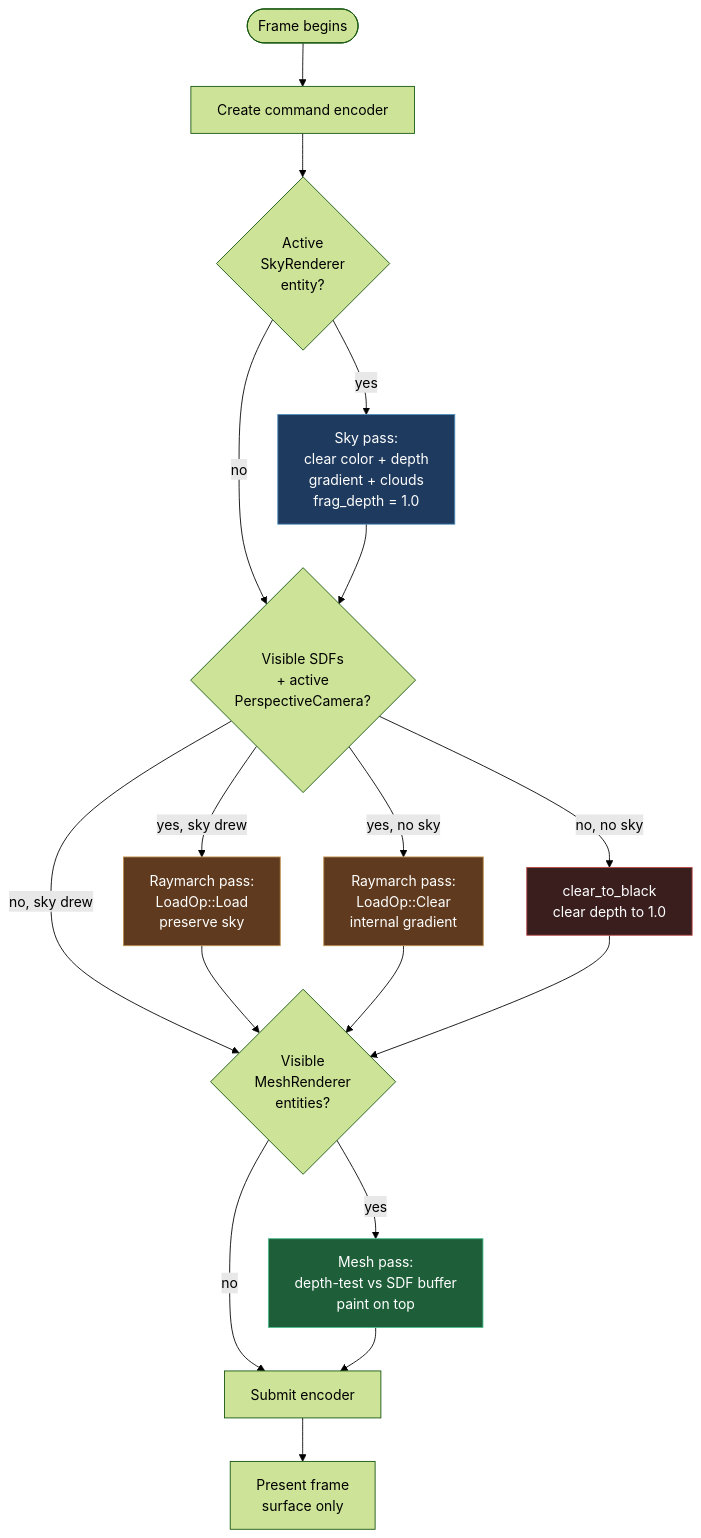
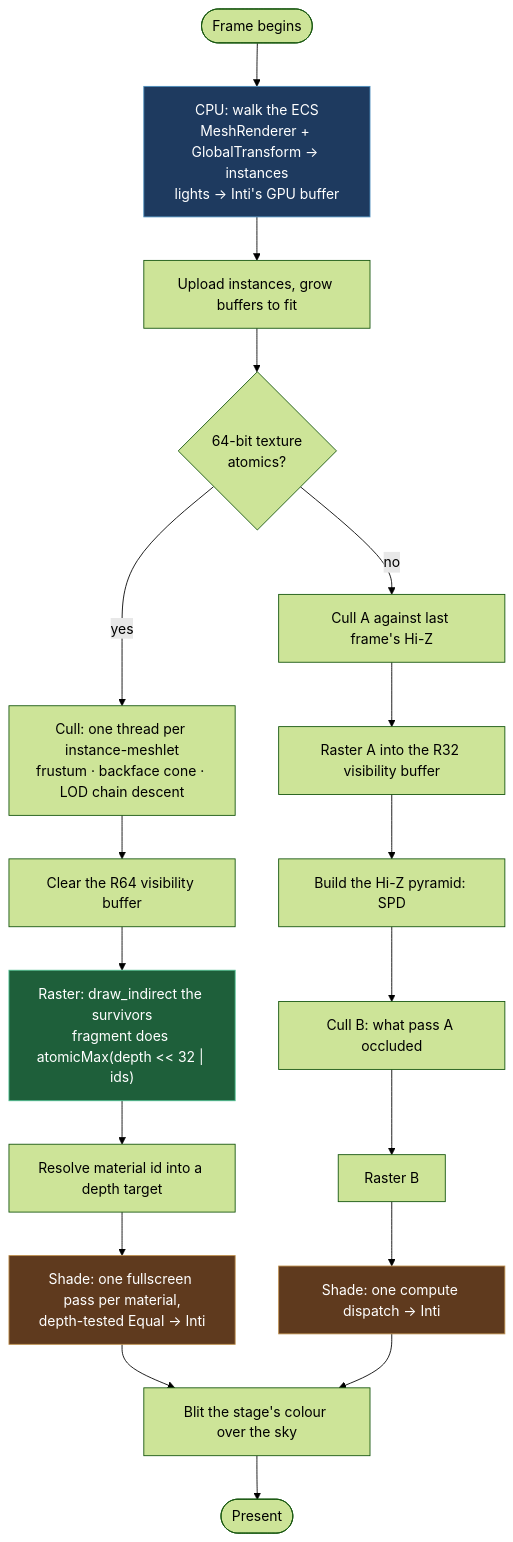
The diagram in docs/book/src/architecture/render-pipeline.md (lobinuxsoft/kooch), drawn with Mermaid (forest theme) before and after one commit. The commit also changed other lines of this file and 7 other files, not shown here.

````diff
--- a/docs/book/src/architecture/render-pipeline.md
+++ b/docs/book/src/architecture/render-pipeline.md
@@ -23,32 +41,28 @@
 ```mermaid
 flowchart TD
-    START([Frame begins]) --> ENC[Create command encoder]
+    START([Frame begins]) --> EXTRACT[CPU: walk the ECS<br/>MeshRenderer + GlobalTransform → instances<br/>lights → Inti's GPU buffer]
+    EXTRACT --> UPLOAD[Upload instances, grow buffers to fit]
+    UPLOAD --> R64{64-bit texture<br/>atomics?}
 
-    ENC --> SKY{Active<br/>SkyRenderer<br/>entity?}
-    SKY -- yes --> SKYDRAW[Sky pass:<br/>clear color + depth<br/>gradient + clouds<br/>frag_depth = 1.0]
-    SKY -- no --> SDF
-    SKYDRAW --> SDF
+    R64 -- yes --> A0[Cull: one thread per instance-meshlet<br/>frustum · backface cone · LOD chain descent]
+    A0 --> A1[Clear the R64 visibility buffer]
+    A1 --> A2["Raster: draw_indirect the survivors<br/>fragment does atomicMax(depth &lt;&lt; 32 | ids)"]
+    A2 --> A3[Resolve material id into a depth target]
+    A3 --> A4[Shade: one fullscreen pass per material,<br/>depth-tested Equal → Inti]
 
-    SDF{Visible SDFs<br/>+ active<br/>PerspectiveCamera?}
-    SDF -- yes, sky drew --> SDFLOAD[Raymarch pass:<br/>LoadOp::Load<br/>preserve sky]
-    SDF -- yes, no sky --> SDFCLEAR[Raymarch pass:<br/>LoadOp::Clear<br/>internal gradient]
-    SDF -- no, sky drew --> MESH
-    SDF -- no, no sky --> BLACK[clear_to_black<br/>clear depth to 1.0]
+    R64 -- no --> B0[Cull A against last frame's Hi-Z]
+    B0 --> B1[Raster A into the R32 visibility buffer]
+    B1 --> B2[Build the Hi-Z pyramid: SPD]
+    B2 --> B3[Cull B: what pass A occluded]
+    B3 --> B4[Raster B]
+    B4 --> B5[Shade: one compute dispatch → Inti]
 
-    SDFLOAD --> MESH
-    SDFCLEAR --> MESH
-    BLACK --> MESH
+    A4 --> BLIT[Blit the stage's colour over the sky]
+    B5 --> BLIT
+    BLIT --> PRESENT([Present])
 
-    MESH{Visible<br/>MeshRenderer<br/>entities?}
-    MESH -- yes --> MESHDRAW[Mesh pass:<br/>depth-test vs SDF buffer<br/>paint on top]
-    MESH -- no --> SUBMIT
-    MESHDRAW --> SUBMIT
-
-    SUBMIT[Submit encoder] --> PRESENT[Present frame<br/>surface only]
-
-    style SKYDRAW fill:#1e3a5f,stroke:#4d8fbe,color:#fff
-    style SDFLOAD fill:#5f3a1e,stroke:#be8f4d,color:#fff
-    style SDFCLEAR fill:#5f3a1e,stroke:#be8f4d,color:#fff
-    style BLACK fill:#3a1e1e,stroke:#be4d4d,color:#fff
-    style MESHDRAW fill:#1e5f3a,stroke:#4dbe8f,color:#fff
+    style A2 fill:#1e5f3a,stroke:#4dbe8f,color:#fff
+    style A4 fill:#5f3a1e,stroke:#be8f4d,color:#fff
+    style B5 fill:#5f3a1e,stroke:#be8f4d,color:#fff
+    style EXTRACT fill:#1e3a5f,stroke:#4d8fbe,color:#fff
 ```
````
